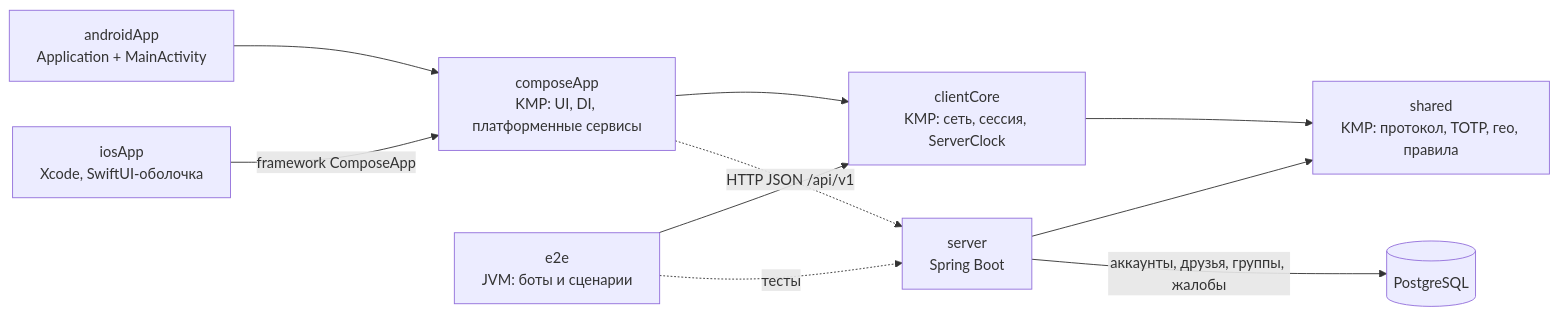
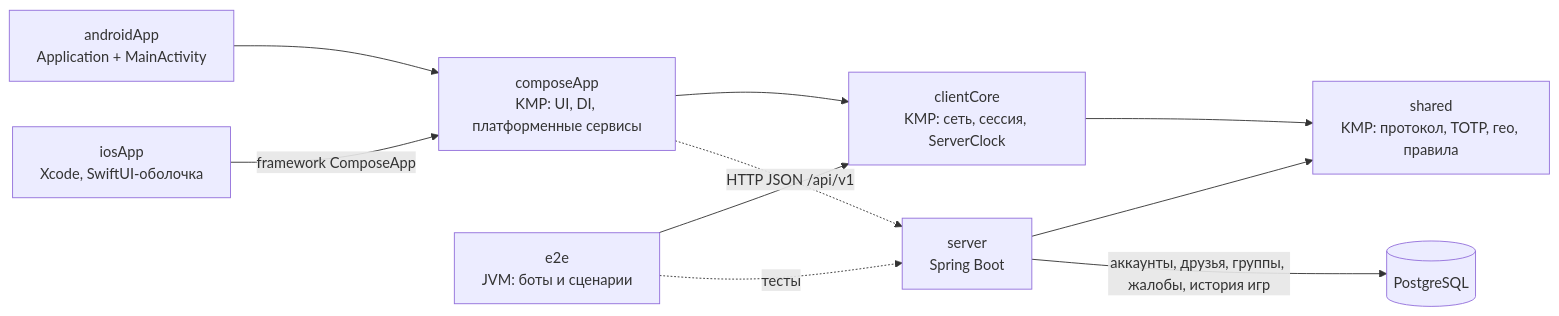
One commit to denysbohusevych/hovanki changed the first of 6 diagrams in docs/architecture.md. Above: the diagram before and after it, drawn with Mermaid. The commit also changed other lines of this file and 60 other files, not shown here.

````diff
--- a/docs/architecture.md
+++ b/docs/architecture.md
@@ -7,13 +7,13 @@
 ```mermaid
 flowchart LR
     androidApp["androidApp<br/>Application + MainActivity"] --> composeApp
     iosApp["iosApp<br/>Xcode, SwiftUI-оболочка"] -->|"framework ComposeApp"| composeApp
     composeApp["composeApp<br/>KMP: UI, DI, платформенные сервисы"] --> clientCore
     clientCore["clientCore<br/>KMP: сеть, сессия, ServerClock"] --> shared
     server["server<br/>Spring Boot"] --> shared
-    server -->|"аккаунты, друзья, группы, жалобы"| db[("PostgreSQL")]
+    server -->|"аккаунты, друзья, группы, жалобы, история игр"| db[("PostgreSQL")]
     e2e["e2e<br/>JVM: боты и сценарии"] --> clientCore
     e2e -.->|"тесты"| server
     shared["shared<br/>KMP: протокол, TOTP, гео, правила"]
     composeApp -.->|"HTTP JSON /api/v1"| server
 ```
````
